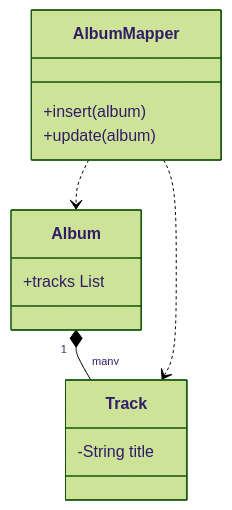
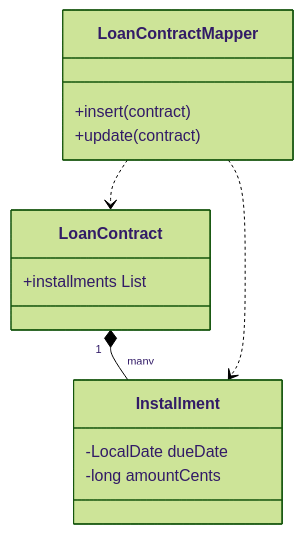
The diagram in docs/design/poeaa/object-relational-structural/dependent-mapping.md (alancesar/design-patterns), drawn with Mermaid (forest theme) before and after one commit. The commit also changed other lines of this file and 95 other files, not shown here.

First line of the commit message:
Switch PoEAA examples and diagrams to fintech scenarios

````diff
--- a/docs/design/poeaa/object-relational-structural/dependent-mapping.md
+++ b/docs/design/poeaa/object-relational-structural/dependent-mapping.md
@@ -51,16 +51,17 @@
 ```mermaid
 classDiagram
-    class Album {
-        +tracks List
+    class LoanContract {
+        +installments List
     }
-    class Track {
-        -String title
+    class Installment {
+        -LocalDate dueDate
+        -long amountCents
     }
-    class AlbumMapper {
-        +insert(album)
-        +update(album)
+    class LoanContractMapper {
+        +insert(contract)
+        +update(contract)
     }
-    Album "1" *-- "many" Track
-    AlbumMapper ..> Album
-    AlbumMapper ..> Track
+    LoanContract "1" *-- "many" Installment
+    LoanContractMapper ..> LoanContract
+    LoanContractMapper ..> Installment
 ```
````
